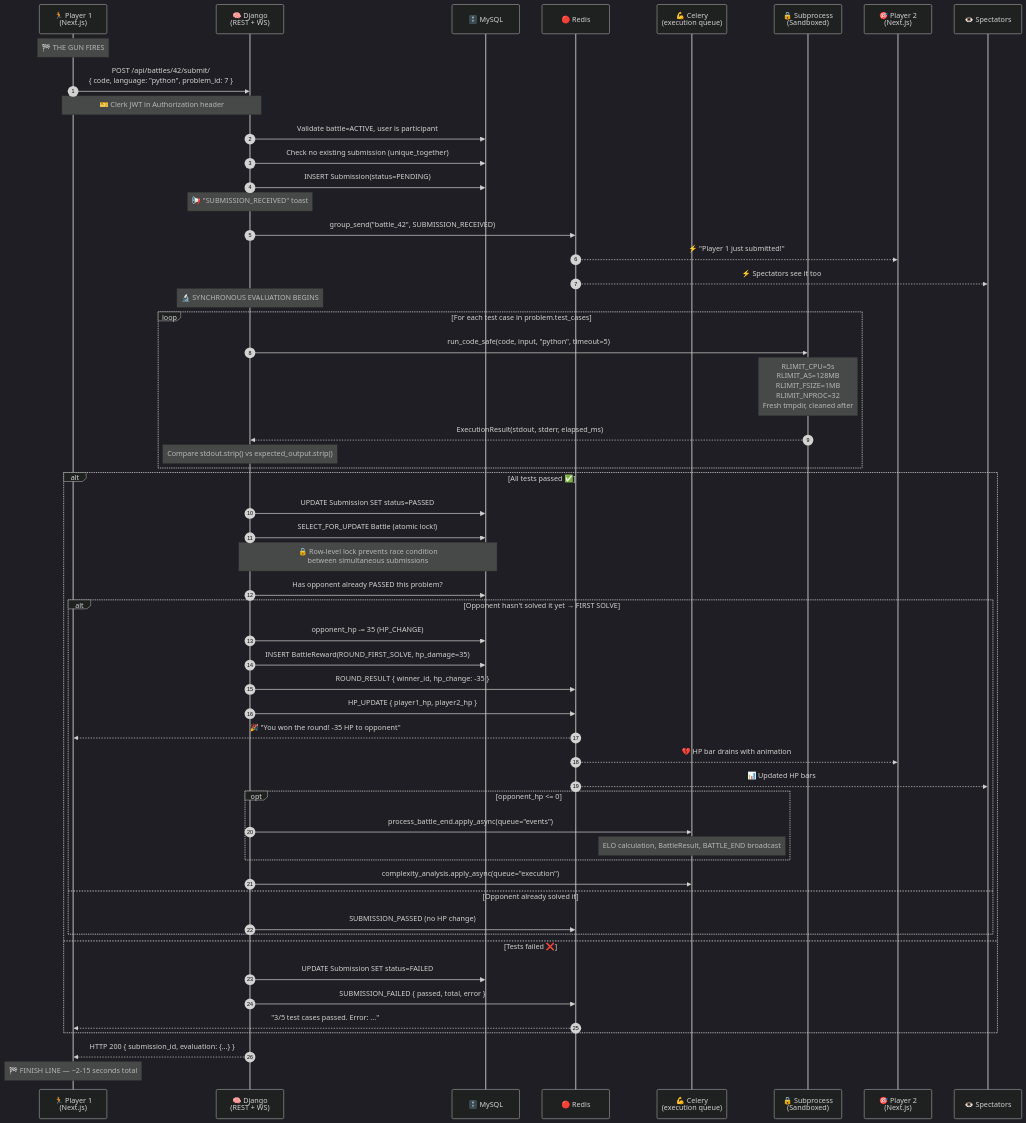
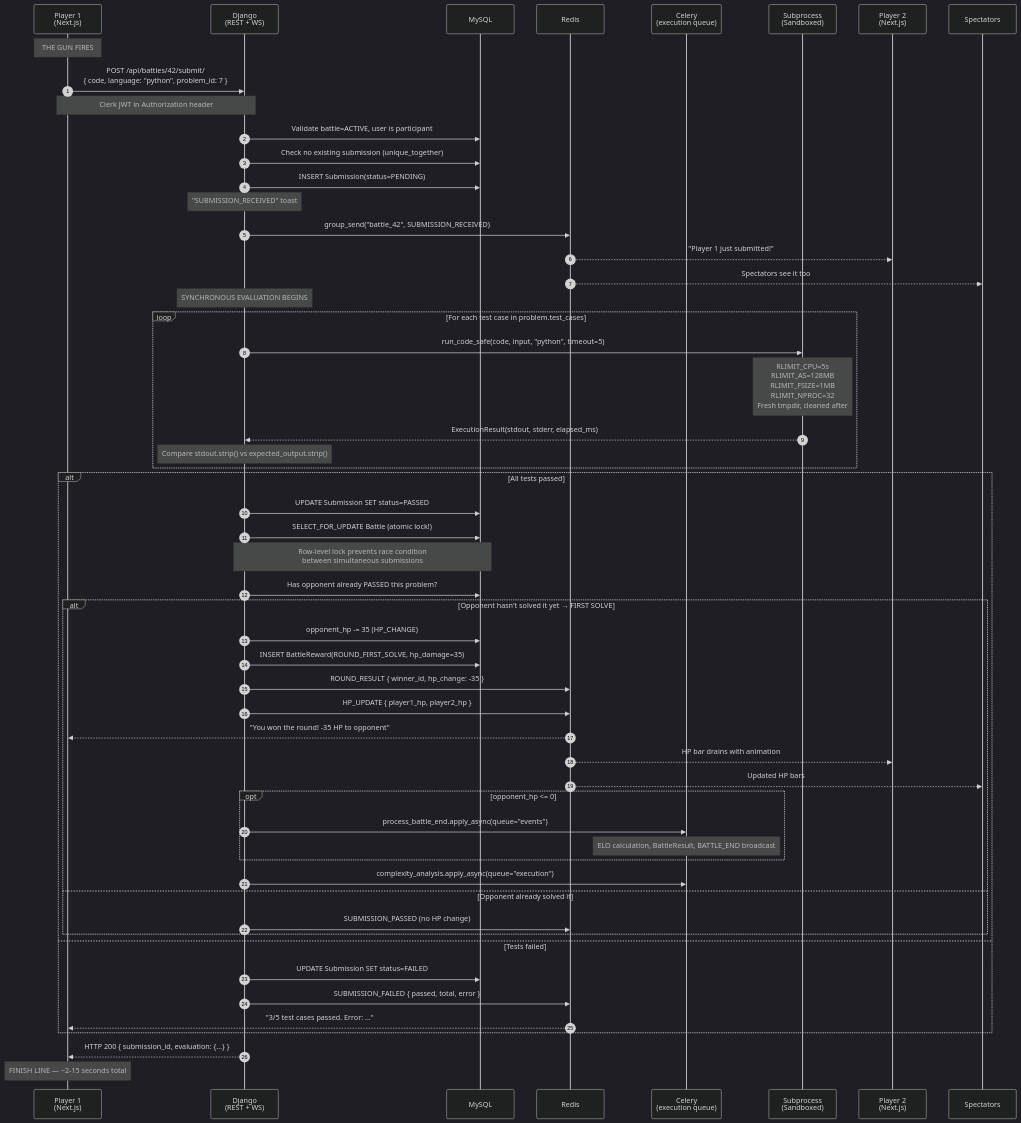
The third of 6 diagrams in sysDesign.md (big-o-ff/arena), drawn with Mermaid (dark theme) before and after one commit. The commit also changed other lines of this file, not shown here.

````diff
--- a/sysDesign.md
+++ b/sysDesign.md
@@ -248,69 +234,69 @@
 ```mermaid
 sequenceDiagram
     autonumber
-    participant P1 as 🏃 Player 1<br/>(Next.js)
-    participant API as 🧠 Django<br/>(REST + WS)
-    participant DB as 🗄️ MySQL
-    participant Redis as 🔴 Redis
-    participant Celery as 💪 Celery<br/>(execution queue)
-    participant SubProc as 🔒 Subprocess<br/>(Sandboxed)
-    participant P2 as 🎯 Player 2<br/>(Next.js)
-    participant Spec as 👁️ Spectators
+    participant P1 as Player 1<br/>(Next.js)
+    participant API as Django<br/>(REST + WS)
+    participant DB as MySQL
+    participant Redis as Redis
+    participant Celery as Celery<br/>(execution queue)
+    participant SubProc as Subprocess<br/>(Sandboxed)
+    participant P2 as Player 2<br/>(Next.js)
+    participant Spec as Spectators
 
-    Note over P1: 🏁 THE GUN FIRES
+    Note over P1: THE GUN FIRES
 
     P1->>API: POST /api/battles/42/submit/<br/>{ code, language: "python", problem_id: 7 }
-    Note over P1,API: 🎫 Clerk JWT in Authorization header
+    Note over P1,API: Clerk JWT in Authorization header
 
     API->>DB: Validate battle=ACTIVE, user is participant
     API->>DB: Check no existing submission (unique_together)
     API->>DB: INSERT Submission(status=PENDING)
 
-    Note over API: 📢 "SUBMISSION_RECEIVED" toast
+    Note over API: "SUBMISSION_RECEIVED" toast
 
     API->>Redis: group_send("battle_42", SUBMISSION_RECEIVED)
-    Redis-->>P2: ⚡ "Player 1 just submitted!"
-    Redis-->>Spec: ⚡ Spectators see it too
+    Redis-->>P2: "Player 1 just submitted!"
+    Redis-->>Spec: Spectators see it too
 
-    Note over API: 🔬 SYNCHRONOUS EVALUATION BEGINS
+    Note over API: SYNCHRONOUS EVALUATION BEGINS
 
     loop For each test case in problem.test_cases
         API->>SubProc: run_code_safe(code, input, "python", timeout=5)
         Note over SubProc: RLIMIT_CPU=5s<br/>RLIMIT_AS=128MB<br/>RLIMIT_FSIZE=1MB<br/>RLIMIT_NPROC=32<br/>Fresh tmpdir, cleaned after
         SubProc-->>API: ExecutionResult(stdout, stderr, elapsed_ms)
         Note over API: Compare stdout.strip() vs expected_output.strip()
     end
 
-    alt All tests passed ✅
+    alt All tests passed
         API->>DB: UPDATE Submission SET status=PASSED
         API->>DB: SELECT_FOR_UPDATE Battle (atomic lock!)
-        Note over API,DB: 🔒 Row-level lock prevents race condition<br/>between simultaneous submissions
+        Note over API,DB: Row-level lock prevents race condition<br/>between simultaneous submissions
         API->>DB: Has opponent already PASSED this problem?
 
         alt Opponent hasn't solved it yet → FIRST SOLVE
             API->>DB: opponent_hp -= 35 (HP_CHANGE)
             API->>DB: INSERT BattleReward(ROUND_FIRST_SOLVE, hp_damage=35)
             API->>Redis: ROUND_RESULT { winner_id, hp_change: -35 }
             API->>Redis: HP_UPDATE { player1_hp, player2_hp }
-            Redis-->>P1: 🎉 "You won the round! -35 HP to opponent"
-            Redis-->>P2: 💔 HP bar drains with animation
-            Redis-->>Spec: 📊 Updated HP bars
+            Redis-->>P1: "You won the round! -35 HP to opponent"
+            Redis-->>P2: HP bar drains with animation
+            Redis-->>Spec: Updated HP bars
 
             opt opponent_hp <= 0
                 API->>Celery: process_battle_end.apply_async(queue="events")
                 Note over Celery: ELO calculation, BattleResult, BATTLE_END broadcast
             end
 
             API->>Celery: complexity_analysis.apply_async(queue="execution")
         else Opponent already solved it
             API->>Redis: SUBMISSION_PASSED (no HP change)
         end
-    else Tests failed ❌
+    else Tests failed
         API->>DB: UPDATE Submission SET status=FAILED
         API->>Redis: SUBMISSION_FAILED { passed, total, error }
         Redis-->>P1: "3/5 test cases passed. Error: ..."
     end
 
     API-->>P1: HTTP 200 { submission_id, evaluation: {...} }
-    Note over P1: 🏁 FINISH LINE — ~2-15 seconds total
+    Note over P1: FINISH LINE — ~2-15 seconds total
 ```
````
